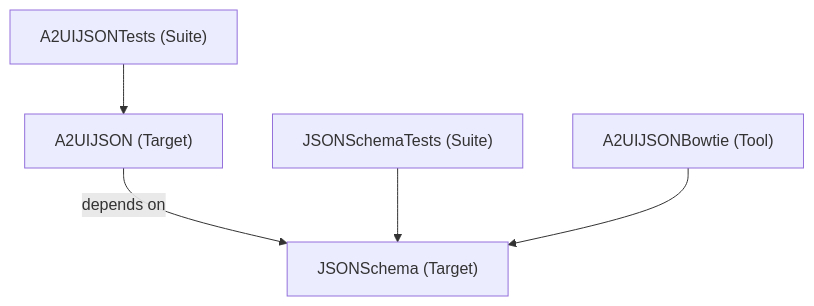
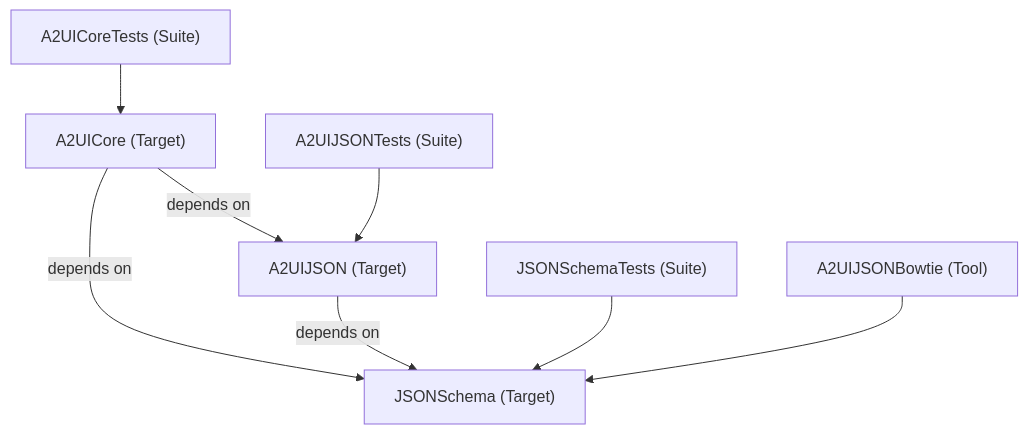
Before and after one commit to pinieb/a2ui: the first of 3 diagrams in renderers/swift_core/ARCHITECTURE.md, drawn with Mermaid. The commit also changed other lines of this file and 45 other files, not shown here.

````diff
--- a/renderers/swift_core/ARCHITECTURE.md
+++ b/renderers/swift_core/ARCHITECTURE.md
@@ -14,7 +14,10 @@
 ```mermaid
 graph TD
-    A2UIJSON["A2UIJSON (Target)"] -->|depends on| JSONSchema["JSONSchema (Target)"]
+    A2UICore["A2UICore (Target)"] -->|depends on| A2UIJSON["A2UIJSON (Target)"]
+    A2UICore["A2UICore (Target)"] -->|depends on| JSONSchema["JSONSchema (Target)"]
+    A2UIJSON["A2UIJSON (Target)"] -->|depends on| JSONSchema
+    A2UICoreTests["A2UICoreTests (Suite)"] --> A2UICore
     A2UIJSONTests["A2UIJSONTests (Suite)"] --> A2UIJSON
     JSONSchemaTests["JSONSchemaTests (Suite)"] --> JSONSchema
     A2UIJSONBowtie["A2UIJSONBowtie (Tool)"] --> JSONSchema
 ```
````
